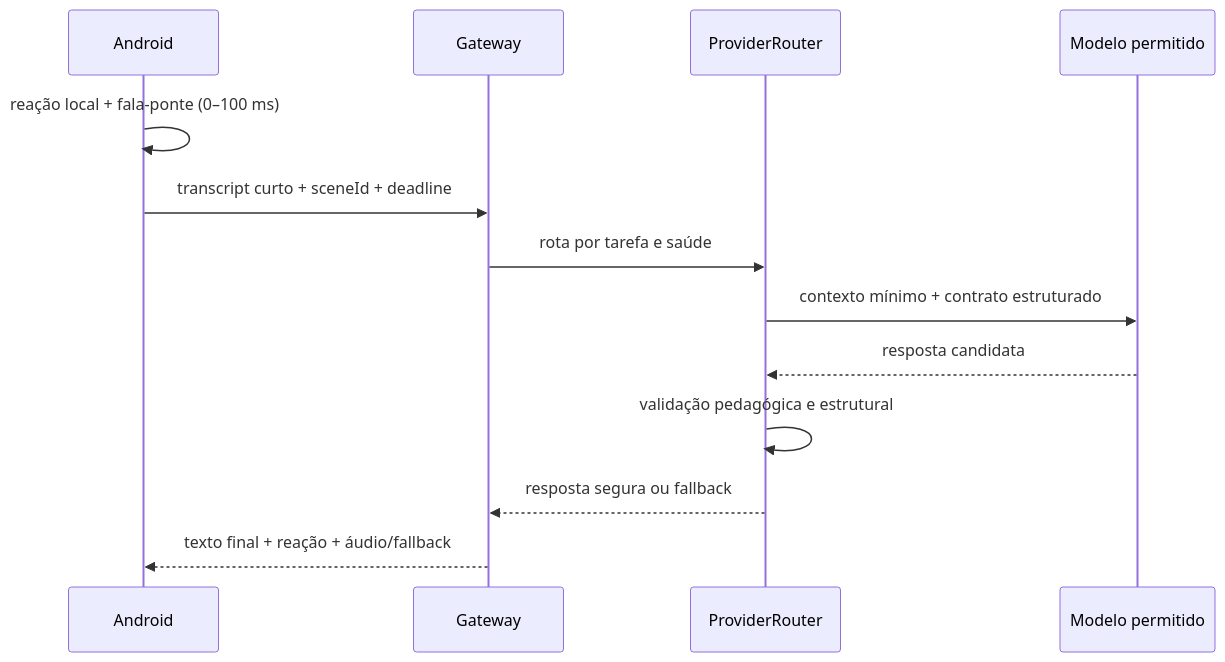
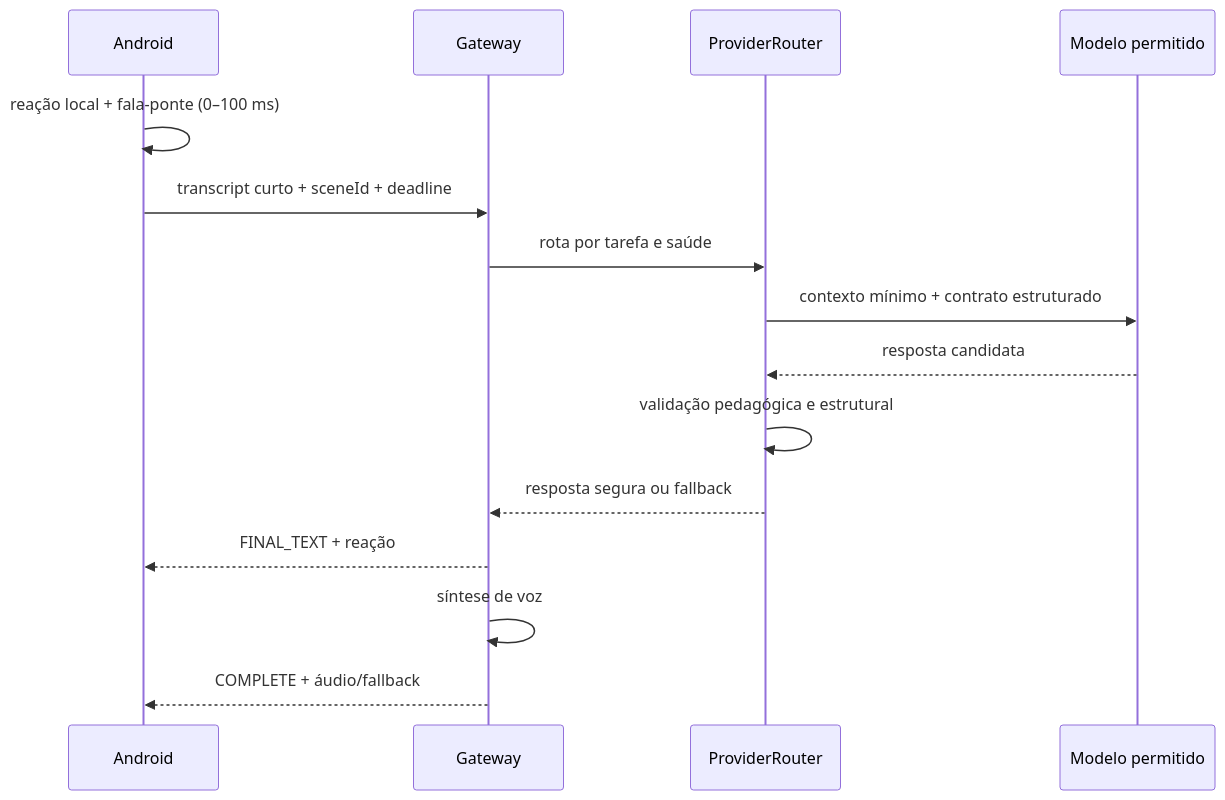
One commit to Victorzinn704/InterpretaAI changed the second of 3 diagrams in docs/AI_GATEWAY_HOT_PATH.md. Above: the diagram before and after it, drawn with Mermaid. The commit also changed other lines of this file and 25 other files, not shown here.

````diff
--- a/docs/AI_GATEWAY_HOT_PATH.md
+++ b/docs/AI_GATEWAY_HOT_PATH.md
@@ -59,15 +59,17 @@
 ```mermaid
 sequenceDiagram
     participant A as Android
     participant G as Gateway
     participant R as ProviderRouter
     participant M as Modelo permitido
     A->>A: reação local + fala-ponte (0–100 ms)
     A->>G: transcript curto + sceneId + deadline
     G->>R: rota por tarefa e saúde
     R->>M: contexto mínimo + contrato estruturado
     M-->>R: resposta candidata
     R->>R: validação pedagógica e estrutural
     R-->>G: resposta segura ou fallback
-    G-->>A: texto final + reação + áudio/fallback
+    G-->>A: FINAL_TEXT + reação
+    G->>G: síntese de voz
+    G-->>A: COMPLETE + áudio/fallback
 ```
````
